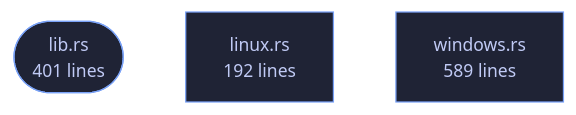
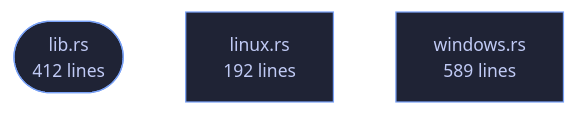
Before and after one commit to tilas01/veilvoice: the diagram in crates/veilvoice-watch/README.md, drawn with Mermaid. The commit also changed other lines of this file and 182 other files, not shown here.

````diff
--- a/crates/veilvoice-watch/README.md
+++ b/crates/veilvoice-watch/README.md
@@ -69,10 +81,10 @@
 ```mermaid
 %%{init: {"theme":"base","themeVariables":{"background":"#1a1b26","primaryColor":"#1f2335","primaryTextColor":"#c0caf5","primaryBorderColor":"#7aa2f7","secondaryColor":"#16161e","tertiaryColor":"#16161e","lineColor":"#737aa2","textColor":"#c0caf5","mainBkg":"#1f2335","nodeBorder":"#7aa2f7","clusterBkg":"#16161e","clusterBorder":"#2f3549","fontFamily":"ui-monospace, SFMono-Regular, Consolas, monospace","fontSize":"14px"}}}%%
 flowchart TD
-    n_lib(["lib.rs<br/>401 lines"])
+    n_lib(["lib.rs<br/>412 lines"])
     n_linux["linux.rs<br/>192 lines"]
     n_windows["windows.rs<br/>589 lines"]
     click n_lib href "https://github.com/tilas01/veilvoice/blob/main/crates/veilvoice-watch/src/lib.rs" "open the source"
     click n_linux href "https://github.com/tilas01/veilvoice/blob/main/crates/veilvoice-watch/src/linux.rs" "open the source"
     click n_windows href "https://github.com/tilas01/veilvoice/blob/main/crates/veilvoice-watch/src/windows.rs" "open the source"
 ```
````
